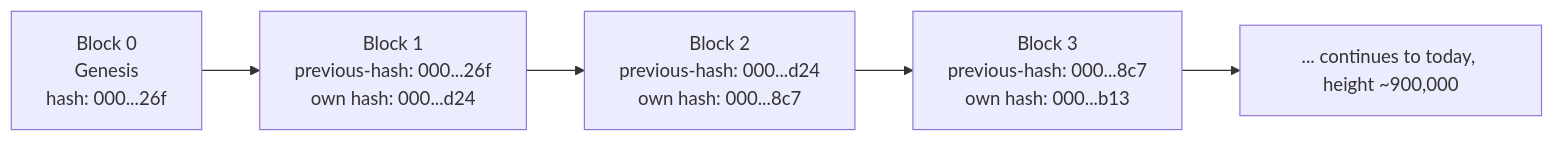
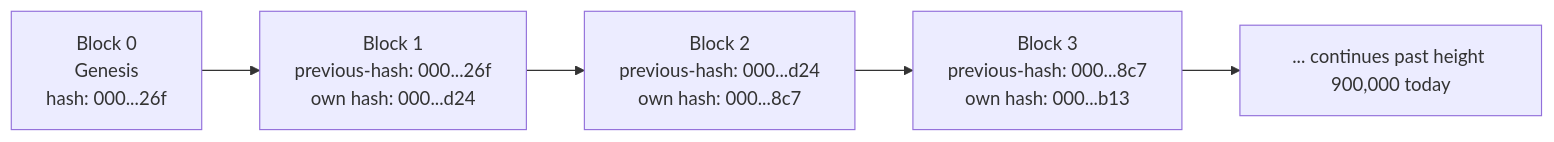
One commit to cypher256/BitcoinArchive changed the fifth of 11 diagrams in src/data/entries/en/analysis/2026-05-23-how-bitcoin-works-visual-glossary.md. Above: the diagram before and after it, drawn with Mermaid. The commit also changed other lines of this file and 3 other files, not shown here.

````diff
--- a/src/data/entries/en/analysis/2026-05-23-how-bitcoin-works-visual-glossary.md
+++ b/src/data/entries/en/analysis/2026-05-23-how-bitcoin-works-visual-glossary.md
@@ -198,9 +198,9 @@
 ```mermaid
 flowchart LR
   B0[Block 0<br/>Genesis<br/>hash: 000...26f]
   B1[Block 1<br/>previous-hash: 000...26f<br/>own hash: 000...d24]
   B2[Block 2<br/>previous-hash: 000...d24<br/>own hash: 000...8c7]
   B3[Block 3<br/>previous-hash: 000...8c7<br/>own hash: 000...b13]
-  ETC[... continues to today, height ~900,000]
+  ETC[... continues past height 900,000 today]
   B0 --> B1 --> B2 --> B3 --> ETC
 ```
````
